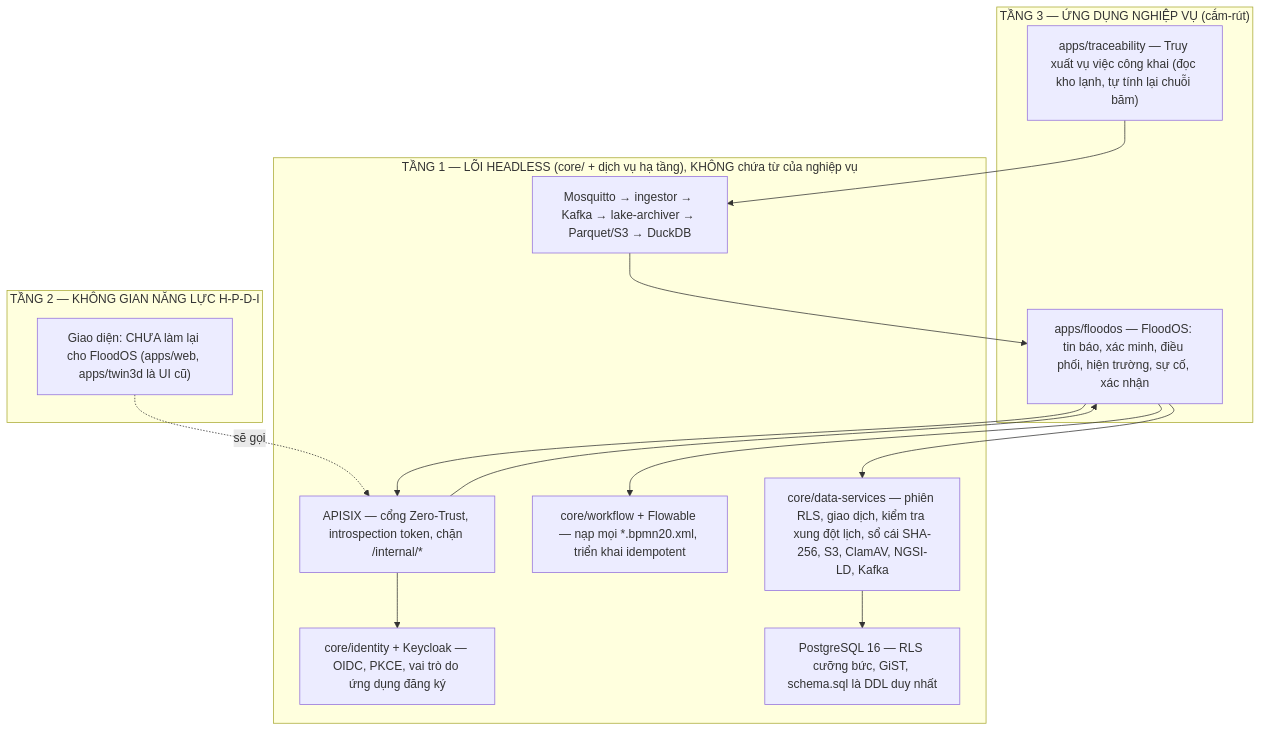
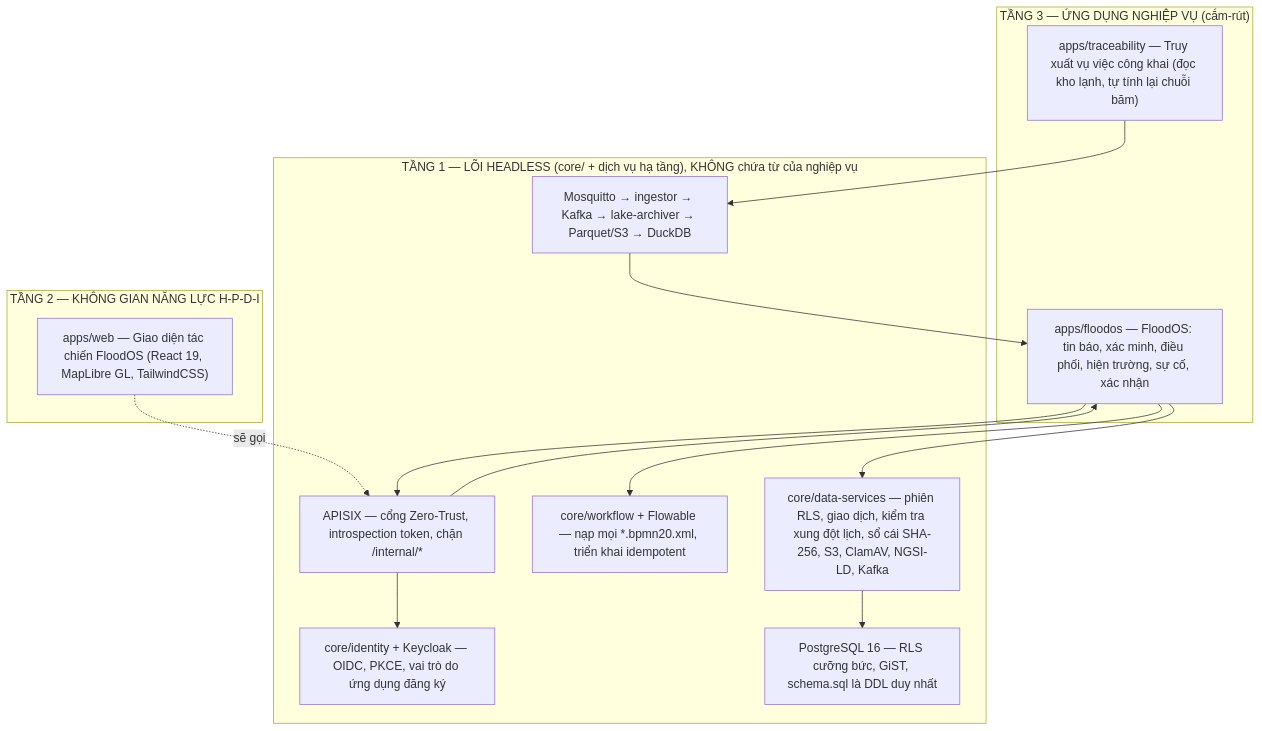
Before and after one commit to Floodos-hou/FloodOS: the diagram in docs/architecture.md, drawn with Mermaid. The commit also changed other lines of this file and 68 other files, not shown here.

````diff
--- a/docs/architecture.md
+++ b/docs/architecture.md
@@ -13,30 +11,30 @@
 ```mermaid
 flowchart TD
     subgraph T3 ["TẦNG 3 — ỨNG DỤNG NGHIỆP VỤ (cắm-rút)"]
         FO["apps/floodos — FloodOS: tin báo, xác minh, điều phối, hiện trường, sự cố, xác nhận"]
         TR["apps/traceability — Truy xuất vụ việc công khai (đọc kho lạnh, tự tính lại chuỗi băm)"]
     end
 
     subgraph T2 ["TẦNG 2 — KHÔNG GIAN NĂNG LỰC H-P-D-I"]
-        UI["Giao diện: CHƯA làm lại cho FloodOS (apps/web, apps/twin3d là UI cũ)"]
+        UI["apps/web — Giao diện tác chiến FloodOS (React 19, MapLibre GL, TailwindCSS)"]
     end
 
     subgraph T1 ["TẦNG 1 — LÕI HEADLESS (core/ + dịch vụ hạ tầng), KHÔNG chứa từ của nghiệp vụ"]
         GW["APISIX — cổng Zero-Trust, introspection token, chặn /internal/*"]
         IAM["core/identity + Keycloak — OIDC, PKCE, vai trò do ứng dụng đăng ký"]
         WF["core/workflow + Flowable — nạp mọi *.bpmn20.xml, triển khai idempotent"]
         DS["core/data-services — phiên RLS, giao dịch, kiểm tra xung đột lịch, sổ cái SHA-256, S3, ClamAV, NGSI-LD, Kafka"]
         PG["PostgreSQL 16 — RLS cưỡng bức, GiST, schema.sql là DDL duy nhất"]
         OT["Mosquitto → ingestor → Kafka → lake-archiver → Parquet/S3 → DuckDB"]
     end
 
     UI -. "sẽ gọi" .-> GW
     FO --> GW
     GW --> IAM
     GW --> FO
     FO --> WF
     FO --> DS
     DS --> PG
     OT --> FO
     TR --> OT
 ```
````
